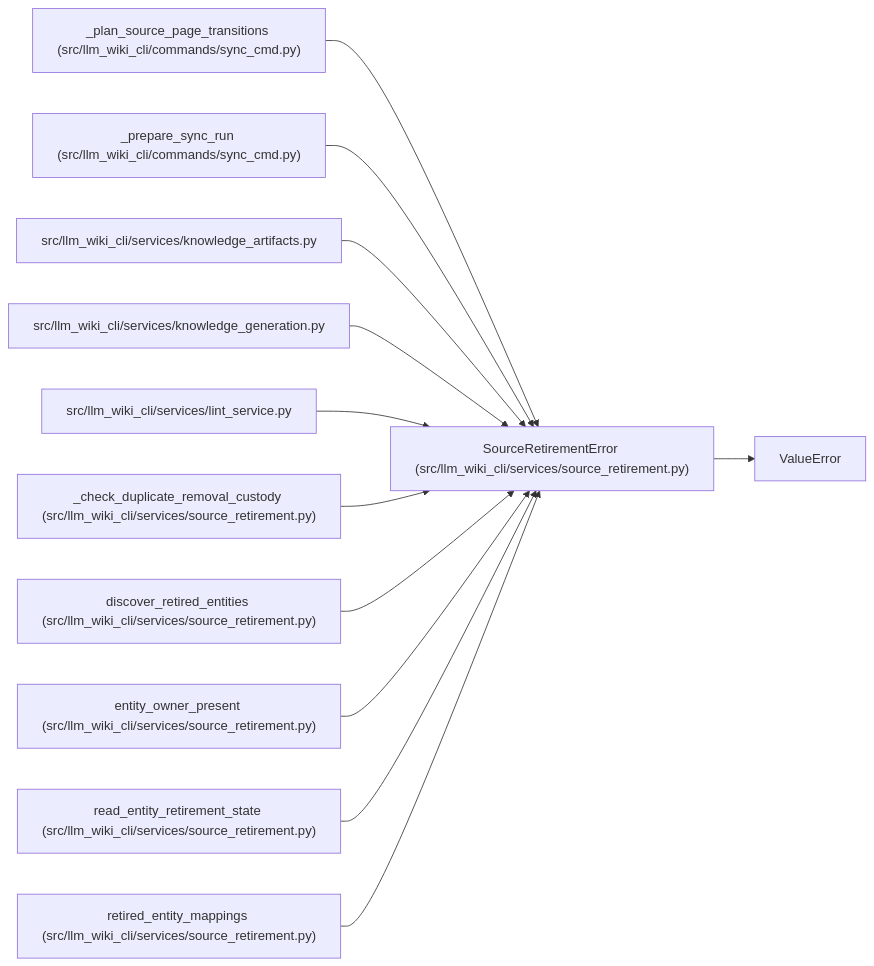
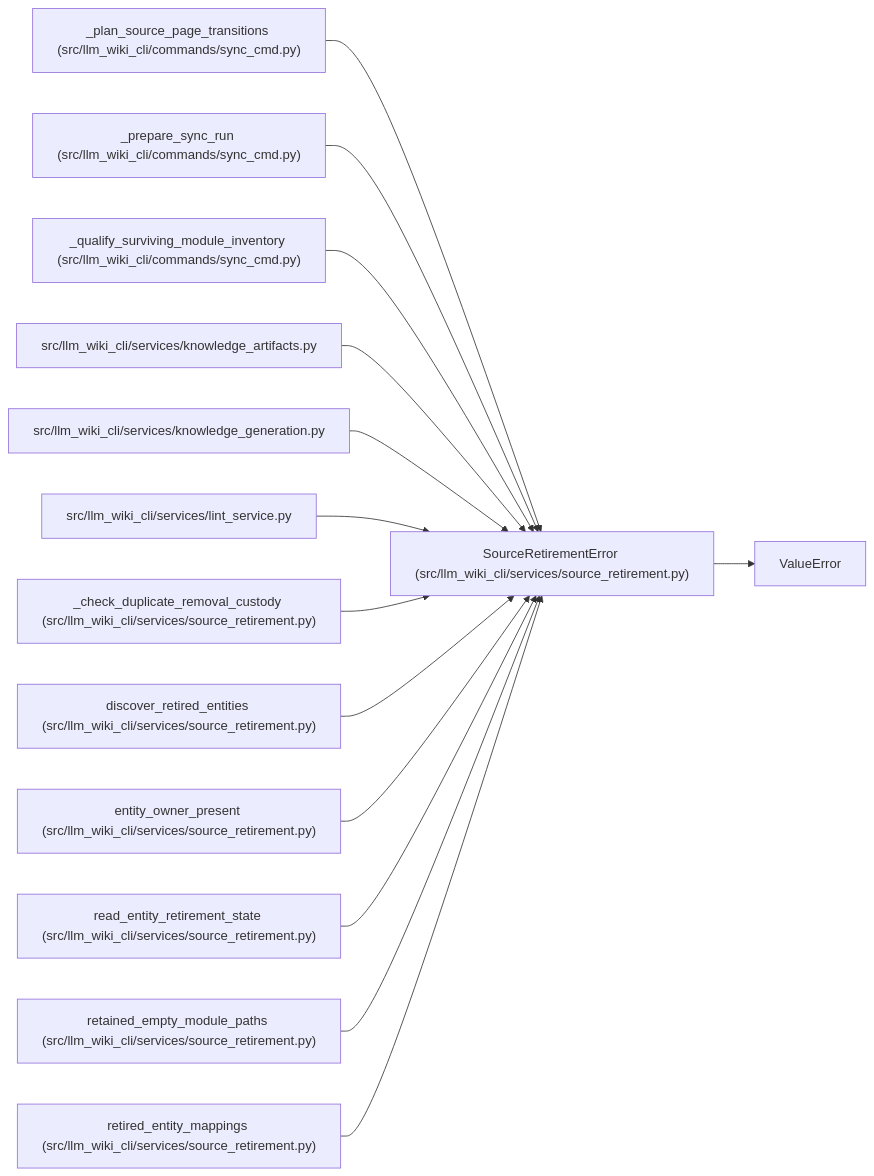
One commit to Denissvgn/python-wiki-llm changed the diagram in docs/llm_wiki/entities/SourceRetirementError.md. Above: the diagram before and after it, drawn with Mermaid. The commit also changed other lines of this file and 442 other files, not shown here.

Commit message:
docs(wiki): document qualified surviving empty modules

````diff
--- a/docs/llm_wiki/entities/SourceRetirementError.md
+++ b/docs/llm_wiki/entities/SourceRetirementError.md
@@ -23,37 +23,43 @@
 ```mermaid
 flowchart LR
     n0["SourceRetirementError (src/llm_wiki_cli/services/source_retirement.py)"]
     n1["ValueError"]
     n2["_plan_source_page_transitions (src/llm_wiki_cli/commands/sync_cmd.py)"]
     n3["_prepare_sync_run (src/llm_wiki_cli/commands/sync_cmd.py)"]
-    n4["src/llm_wiki_cli/services/knowledge_artifacts.py"]
-    n5["src/llm_wiki_cli/services/knowledge_generation.py"]
-    n6["src/llm_wiki_cli/services/lint_service.py"]
-    n7["_check_duplicate_removal_custody (src/llm_wiki_cli/services/source_retirement.py)"]
-    n8["discover_retired_entities (src/llm_wiki_cli/services/source_retirement.py)"]
-    n9["entity_owner_present (src/llm_wiki_cli/services/source_retirement.py)"]
-    n10["read_entity_retirement_state (src/llm_wiki_cli/services/source_retirement.py)"]
-    n11["retired_entity_mappings (src/llm_wiki_cli/services/source_retirement.py)"]
+    n4["_qualify_surviving_module_inventory (src/llm_wiki_cli/commands/sync_cmd.py)"]
+    n5["src/llm_wiki_cli/services/knowledge_artifacts.py"]
+    n6["src/llm_wiki_cli/services/knowledge_generation.py"]
+    n7["src/llm_wiki_cli/services/lint_service.py"]
+    n8["_check_duplicate_removal_custody (src/llm_wiki_cli/services/source_retirement.py)"]
+    n9["discover_retired_entities (src/llm_wiki_cli/services/source_retirement.py)"]
+    n10["entity_owner_present (src/llm_wiki_cli/services/source_retirement.py)"]
+    n11["read_entity_retirement_state (src/llm_wiki_cli/services/source_retirement.py)"]
+    n12["retained_empty_module_paths (src/llm_wiki_cli/services/source_retirement.py)"]
+    n13["retired_entity_mappings (src/llm_wiki_cli/services/source_retirement.py)"]
     n0 --> n1
     n2 --> n0
     n3 --> n0
     n4 --> n0
     n5 --> n0
     n6 --> n0
     n7 --> n0
     n8 --> n0
     n9 --> n0
     n10 --> n0
     n11 --> n0
+    n12 --> n0
+    n13 --> n0
     click n0 "../modules/source_retirement.md"
     click n2 "../modules/sync_cmd.md"
     click n3 "../modules/sync_cmd.md"
-    click n4 "../modules/knowledge_artifacts.md"
-    click n5 "../modules/knowledge_generation.md"
-    click n6 "../modules/lint_service.md"
-    click n7 "../modules/source_retirement.md"
+    click n4 "../modules/sync_cmd.md"
+    click n5 "../modules/knowledge_artifacts.md"
+    click n6 "../modules/knowledge_generation.md"
+    click n7 "../modules/lint_service.md"
     click n8 "../modules/source_retirement.md"
     click n9 "../modules/source_retirement.md"
     click n10 "../modules/source_retirement.md"
     click n11 "../modules/source_retirement.md"
+    click n12 "../modules/source_retirement.md"
+    click n13 "../modules/source_retirement.md"
 ```
````
